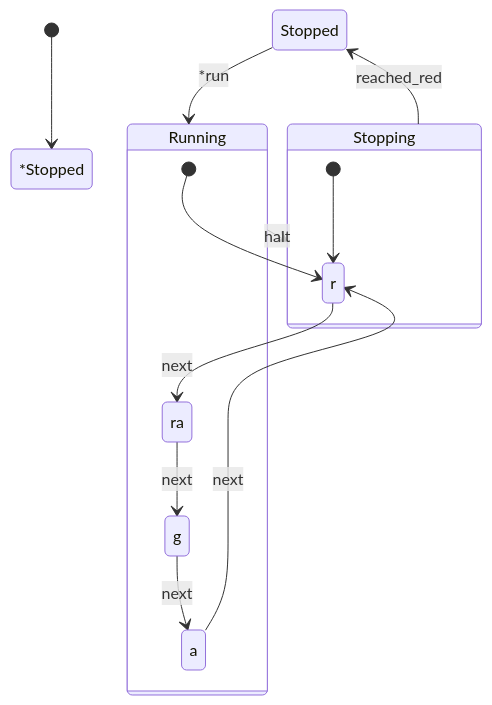
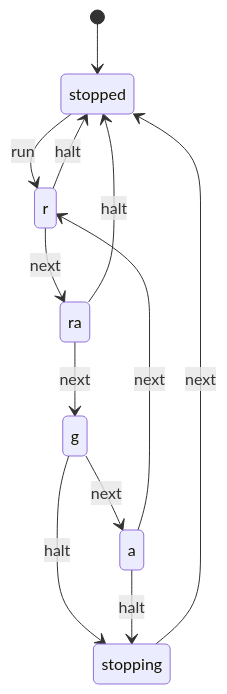
Before and after one commit to Janae024/E5-Assmt2-Traffic-Clojure: the diagram in doc/one-way.md, drawn with Mermaid. The commit also changed other lines of this file and 2 other files, not shown here.

Commit message:
update md files and create three way md

````diff
--- a/doc/one-way.md
+++ b/doc/one-way.md
@@ -13,24 +13,19 @@
 ``` mermaid
 stateDiagram-v2
 
-    [*] -->*Stopped
+    [*] --> stopped
 
-    Stopped --> Running :*run
+    stopped --> r : run
 
-    state Running {
-        [*] --> r
+    r --> ra : next
+    ra --> g : next
+    g --> a : next
+    a --> r : next
 
-        r --> ra : next
-        ra --> g : next
-        g --> a : next
-        a --> r : next
-    }
+    r --> stopped : halt
+    ra --> stopped : halt
+    g --> stopping : halt
+    a --> stopping : halt
 
-    Running --> Stopping : halt
-
-    state Stopping {
-        [*] --> r
-    }
-
-    Stopping --> Stopped : reached_red
+    stopping --> stopped : next
 ```
````
